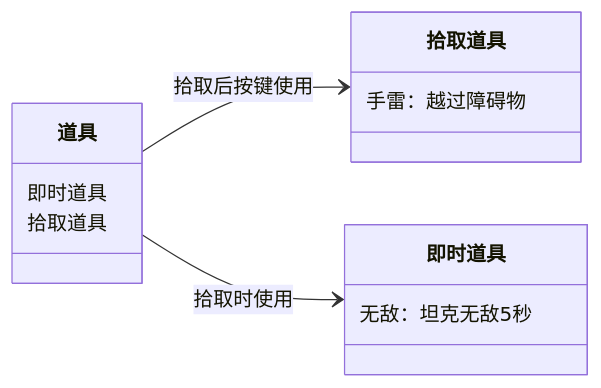
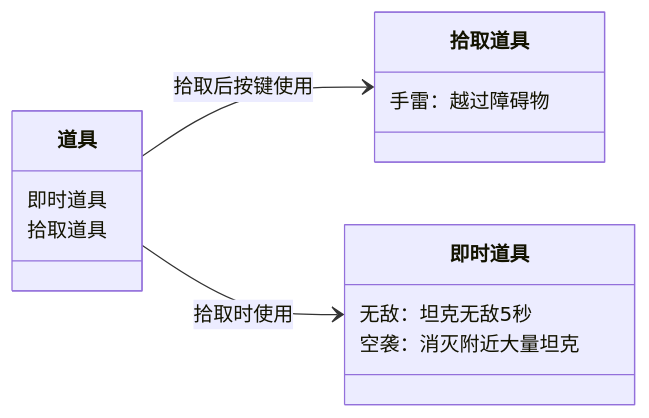
Before and after one commit to bjhh2005/tank_fire: the diagram in 设计方案/道具/道具汇总.md, drawn with Mermaid. The commit also changed 3 other files, not shown here.

````diff
--- a/设计方案/道具/道具汇总.md
+++ b/设计方案/道具/道具汇总.md
@@ -5,20 +5,21 @@
 ```mermaid
 classDiagram
     direction LR
     class 道具 {
         即时道具
         拾取道具
     }
     class 拾取道具 {
         手雷：越过障碍物
+
     }
 
     class 即时道具 {
         无敌：坦克无敌5秒
-        
+        空袭：消灭附近大量坦克
     }
 
     道具-->  拾取道具 : 拾取后按键使用
     道具 --> 即时道具 : 拾取时使用
 
 ```
````
